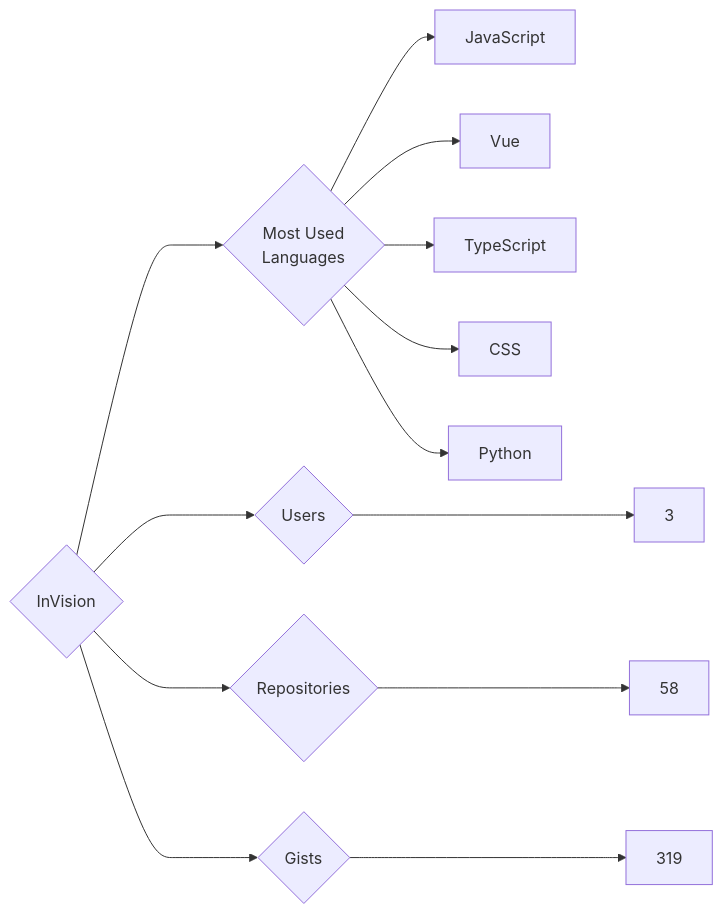
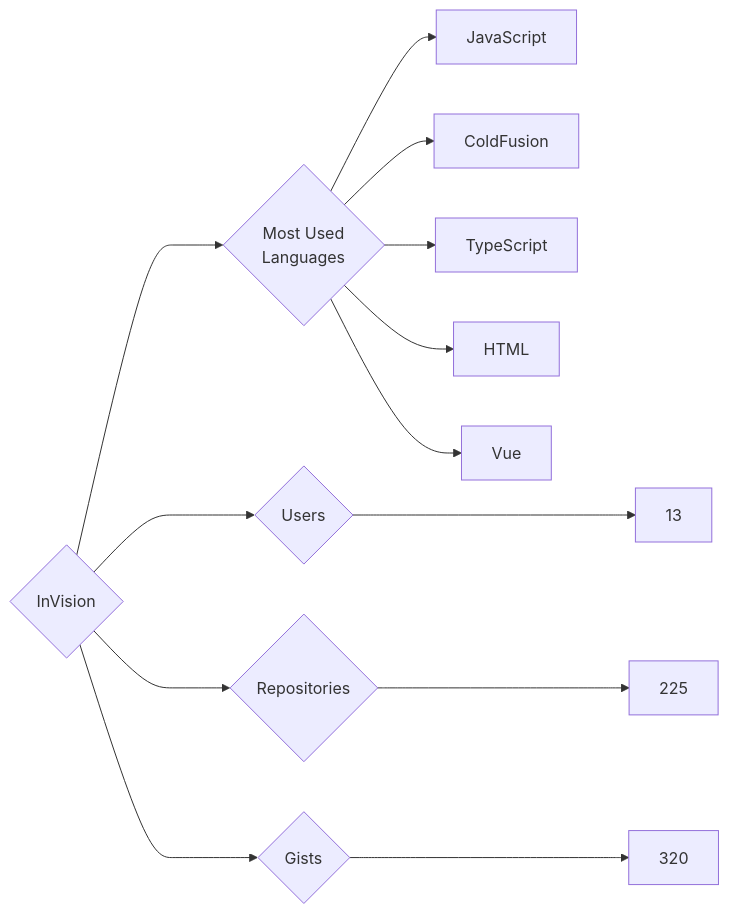
Before and after one commit to trickest/insiders: the diagram in targets/InVision/README.md, drawn with Mermaid. The commit also changed 847 other files, not shown here.

````diff
--- a/targets/InVision/README.md
+++ b/targets/InVision/README.md
@@ -3,13 +3,13 @@
 ```mermaid
 graph LR
 COMPANY_NAME{InVision}
-COMPANY_NAME ---> U{Users} ---> UN[3]
-COMPANY_NAME ---> R{Repositories} ---> RN[58]
-COMPANY_NAME ---> G{Gists} ---> GN[319]
+COMPANY_NAME ---> U{Users} ---> UN[13]
+COMPANY_NAME ---> R{Repositories} ---> RN[225]
+COMPANY_NAME ---> G{Gists} ---> GN[320]
 COMPANY_NAME ---> ML{Most Used<br>Languages}
 ML --> JavaScript[JavaScript]
+ML --> ColdFusion[ColdFusion]
+ML --> TypeScript[TypeScript]
+ML --> HTML[HTML]
 ML --> Vue[Vue]
-ML --> TypeScript[TypeScript]
-ML --> CSS[CSS]
-ML --> Python[Python]
 ```
````
